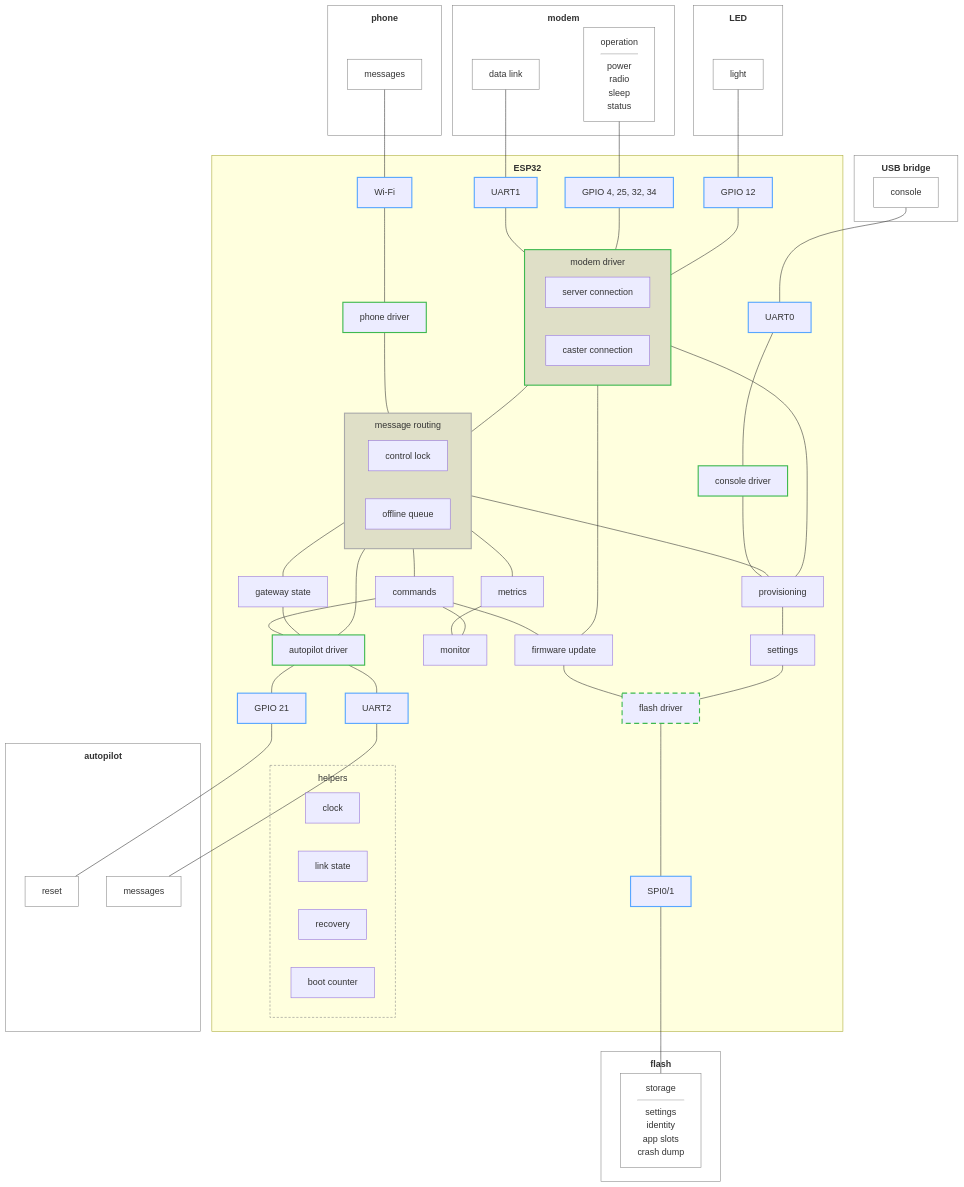
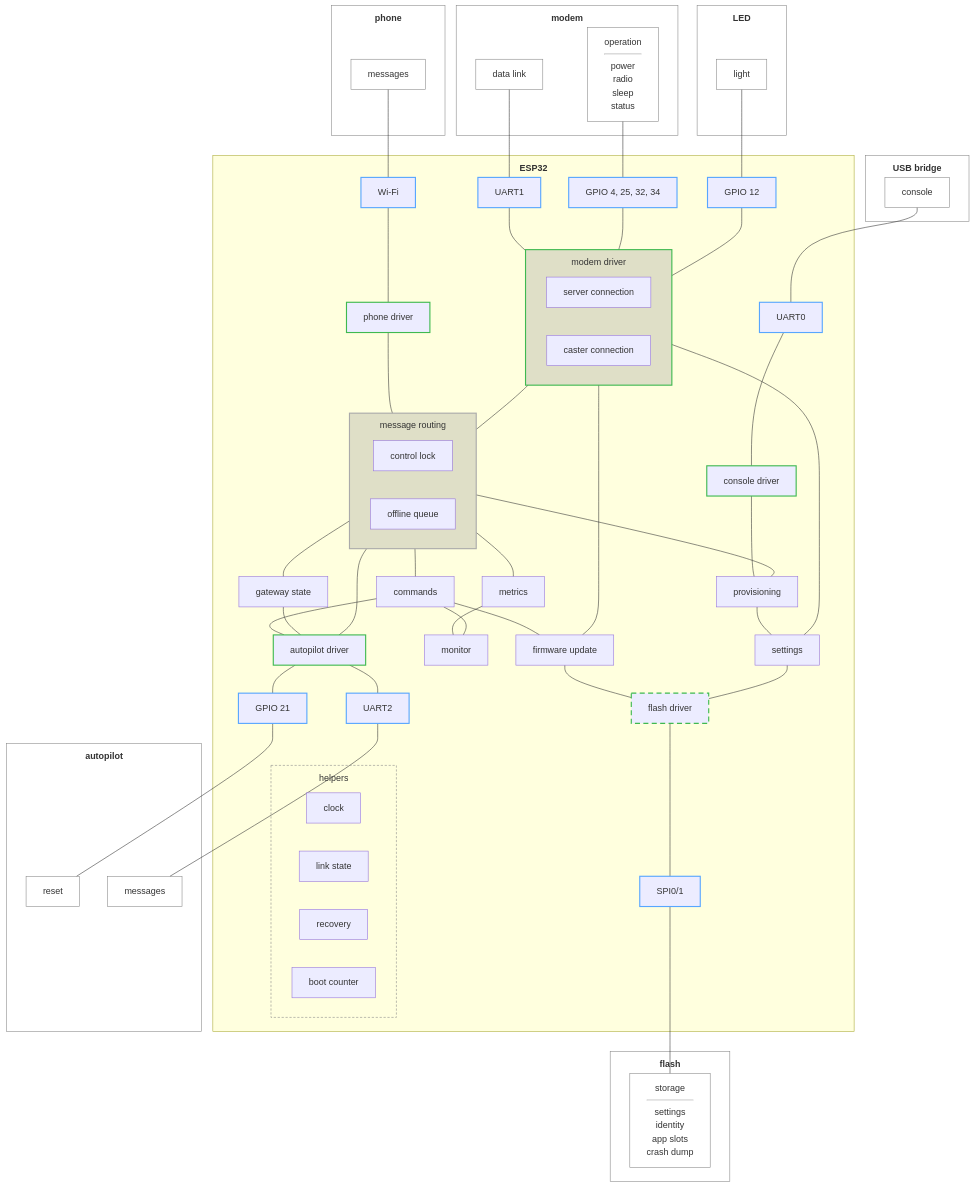
One commit to rmx-lt/rmx-mower-gateway changed the diagram in .esp-architecture/diagrams/block-draft.md. Above: the diagram before and after it, drawn with Mermaid.

Commit message:
Draft: the modem driver reads settings, not provisioning

```diff
--- a/.esp-architecture/diagrams/block-draft.md
+++ b/.esp-architecture/diagrams/block-draft.md
@@ -83,7 +83,7 @@
   met --- mon
   cmd --- mon
   cmd --- upd
-  conn --- prov
+  conn --- set
   prov --- set
   cmd --- bl
   state --- bl
```
